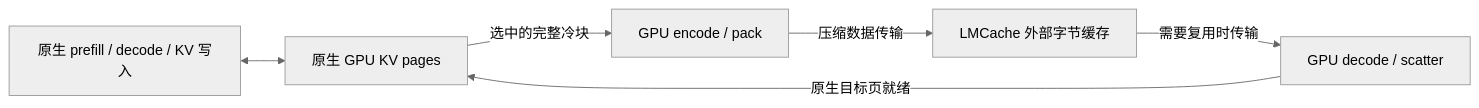
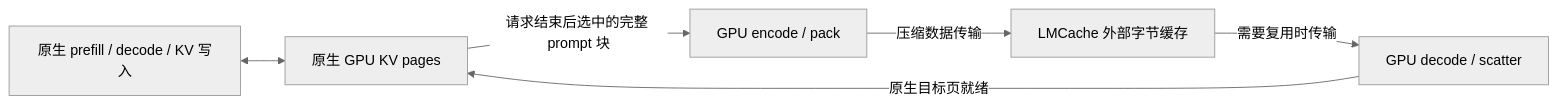
The diagram in docs/design/native-attention-external-codec.md (7774596/Fragpack), drawn with Mermaid (neutral theme) before and after one commit. The commit also changed other lines of this file and 18 other files, not shown here.

First line of the commit message:
docs(codec): update native cache architecture and validation

````diff
--- a/docs/design/native-attention-external-codec.md
+++ b/docs/design/native-attention-external-codec.md
@@ -23,8 +35,8 @@
 ```mermaid
 flowchart LR
     A[原生 prefill / decode / KV 写入] <--> B[原生 GPU KV pages]
-    B -->|选中的完整冷块| C[GPU encode / pack]
+    B -->|请求结束后选中的完整 prompt 块| C[GPU encode / pack]
     C -->|压缩数据传输| D[LMCache 外部字节缓存]
     D -->|需要复用时传输| E[GPU decode / scatter]
     E -->|原生目标页就绪| B
 ```
````
